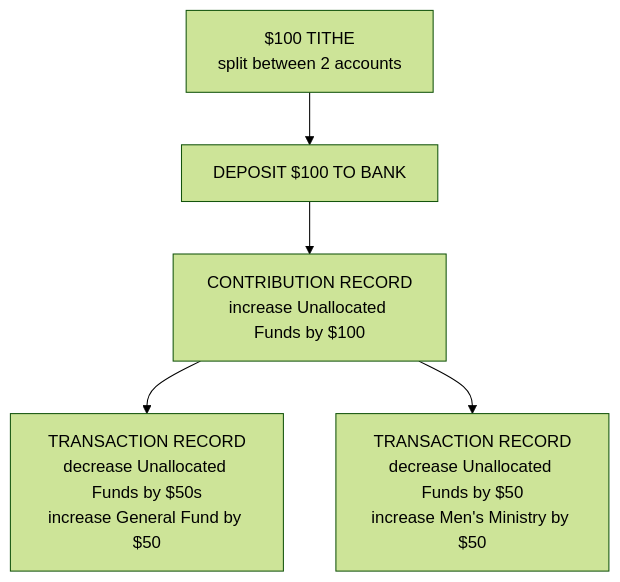
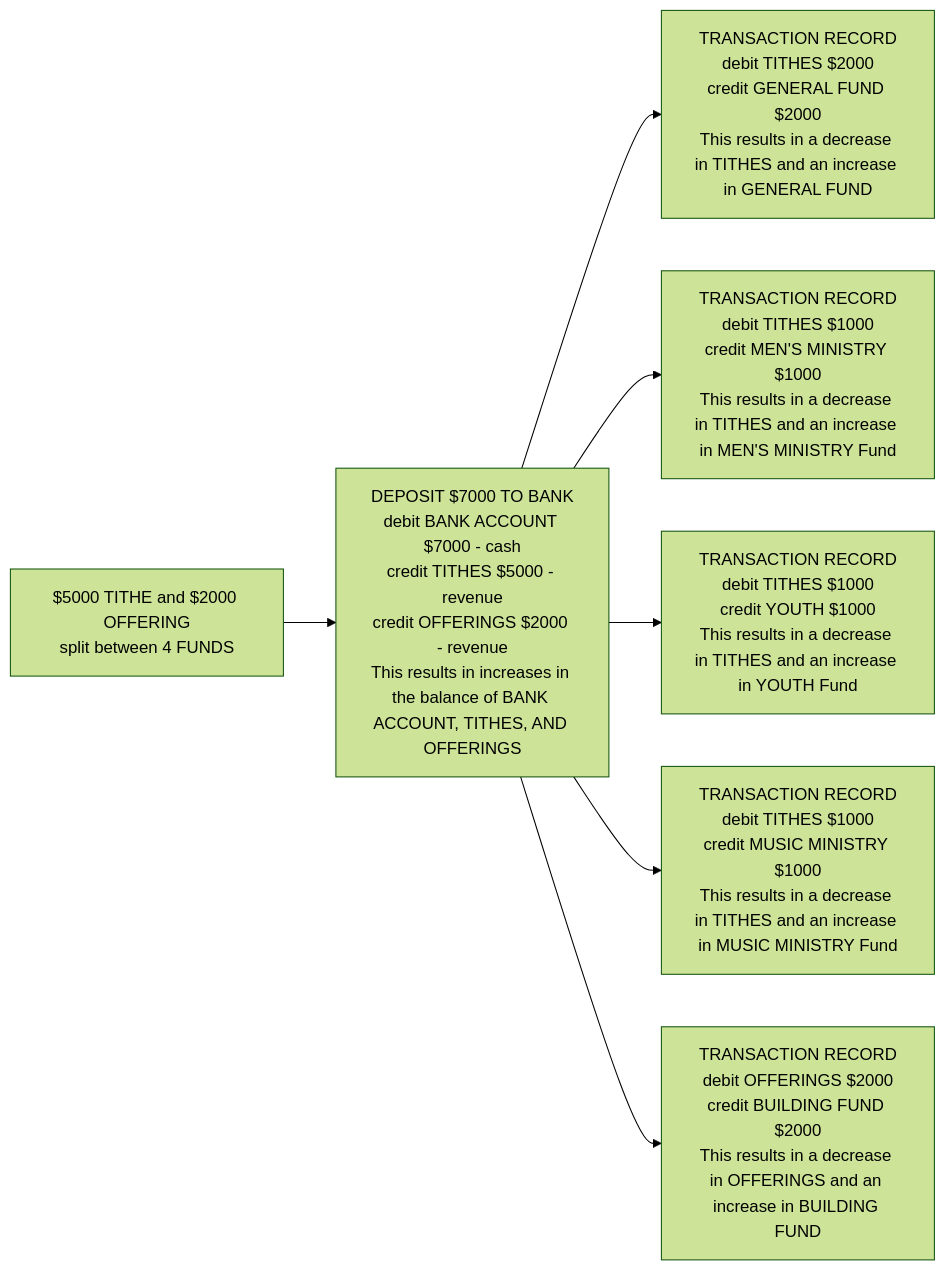
One commit to Parkway-Development/parkway-legacy changed the third of 4 diagrams in documents-and-diagrams/contributions.md. Above: the diagram before and after it, drawn with Mermaid (forest theme). The commit also changed other lines of this file and 17 other files, not shown here.

````diff
--- a/documents-and-diagrams/contributions.md
+++ b/documents-and-diagrams/contributions.md
@@ -201,8 +223,11 @@
 ```mermaid
-graph TD
+graph LR
 
-A[$100 TITHE<BR/>split between 2 accounts]-->B[DEPOSIT $100 TO BANK]
-B-->C[CONTRIBUTION RECORD<br/>increase Unallocated Funds by $100]
-C-->D[TRANSACTION RECORD<BR/>decrease Unallocated Funds by $50s<br/>increase General Fund by $50]
-C-->E[TRANSACTION RECORD<BR/>decrease Unallocated Funds by $50<br/>increase Men's Ministry by $50]
+A[$5000 TITHE and $2000 OFFERING<BR/>split between 4 FUNDS]-->B[DEPOSIT $7000 TO BANK<br/>debit BANK ACCOUNT $7000 - cash<br/>credit TITHES $5000 - revenue<br/>credit OFFERINGS $2000 - revenue<br/>This results in increases in the balance of BANK ACCOUNT, TITHES, AND OFFERINGS]
+B-->C[TRANSACTION RECORD<br/>debit TITHES $2000<br/>credit GENERAL FUND $2000<br/>This results in a decrease in TITHES and an increase in GENERAL FUND]
+B-->D[TRANSACTION RECORD<br/>debit TITHES $1000<br/>credit MEN'S MINISTRY $1000<br/>This results in a decrease in TITHES and an increase in MEN'S MINISTRY Fund]
+B-->E[TRANSACTION RECORD<br/>debit TITHES $1000<br/>credit YOUTH $1000<br/>This results in a decrease in TITHES and an increase in YOUTH Fund]
+B-->F[TRANSACTION RECORD<br/>debit TITHES $1000<br/>credit MUSIC MINISTRY $1000<br/>This results in a decrease in TITHES and an increase in MUSIC MINISTRY Fund]
+B-->G[TRANSACTION RECORD<br/>debit OFFERINGS $2000<br/>credit BUILDING FUND $2000<br/>This results in a decrease in OFFERINGS and an increase in BUILDING FUND]
+
 ```
````
